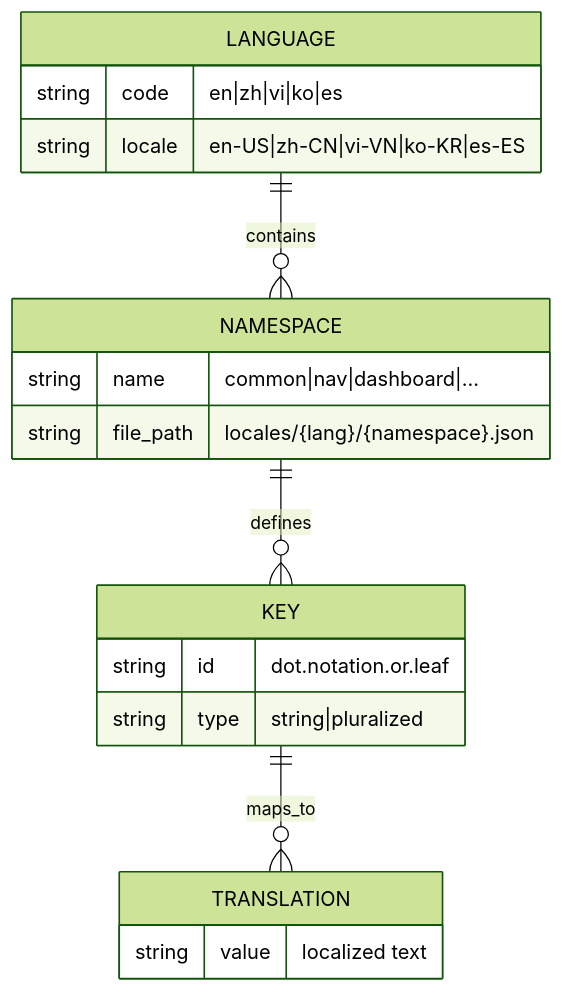
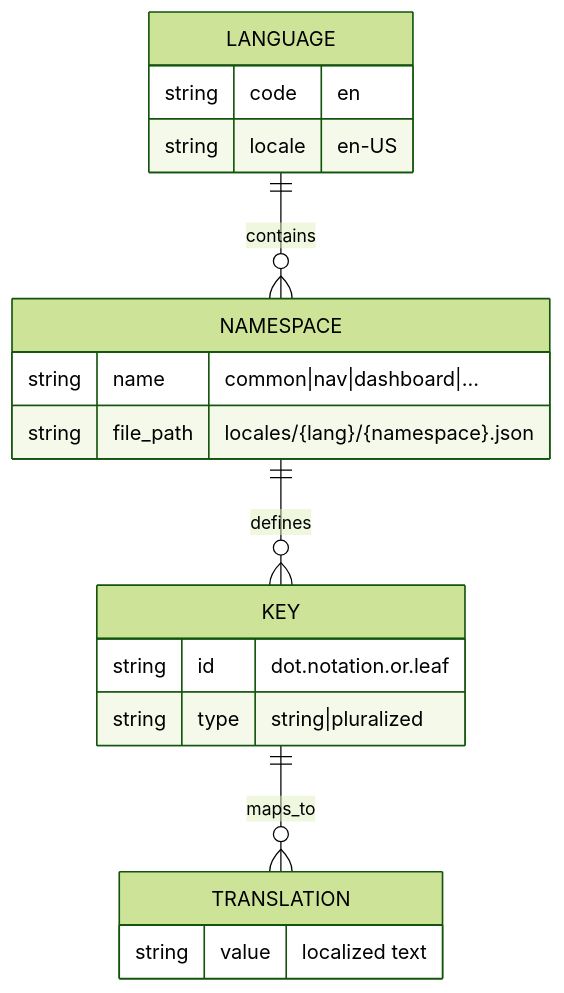
Before and after one commit to buluma/Code-Agent-Monitor: the second of 6 diagrams in docs/I18N.md, drawn with Mermaid (forest theme). The commit also changed other lines of this file and 71 other files, not shown here.

````diff
--- a/docs/I18N.md
+++ b/docs/I18N.md
@@ -68,22 +68,22 @@
 ```mermaid
 erDiagram
     LANGUAGE ||--o{ NAMESPACE : contains
     NAMESPACE ||--o{ KEY : defines
     KEY ||--o{ TRANSLATION : maps_to
 
     LANGUAGE {
-        string code "en|zh|vi|ko|es"
-        string locale "en-US|zh-CN|vi-VN|ko-KR|es-ES"
+        string code "en"
+        string locale "en-US"
     }
     NAMESPACE {
         string name "common|nav|dashboard|..."
         string file_path "locales/{lang}/{namespace}.json"
     }
     KEY {
         string id "dot.notation.or.leaf"
         string type "string|pluralized"
     }
     TRANSLATION {
         string value "localized text"
     }
 ```
````
